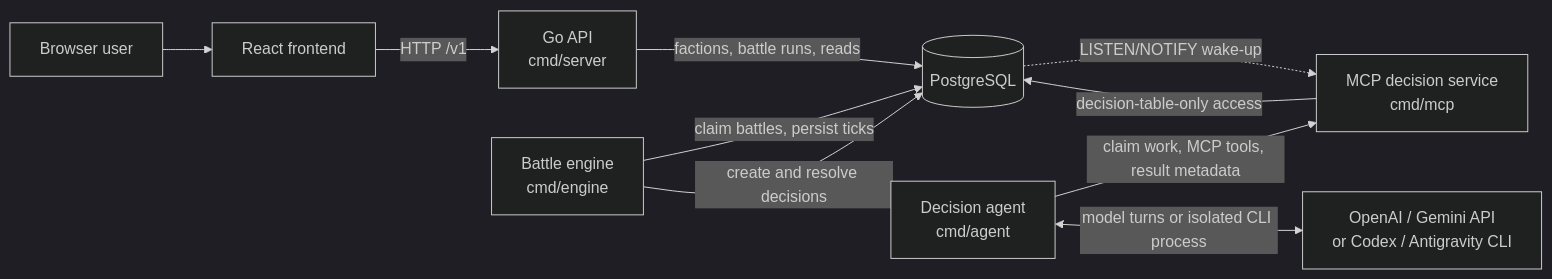
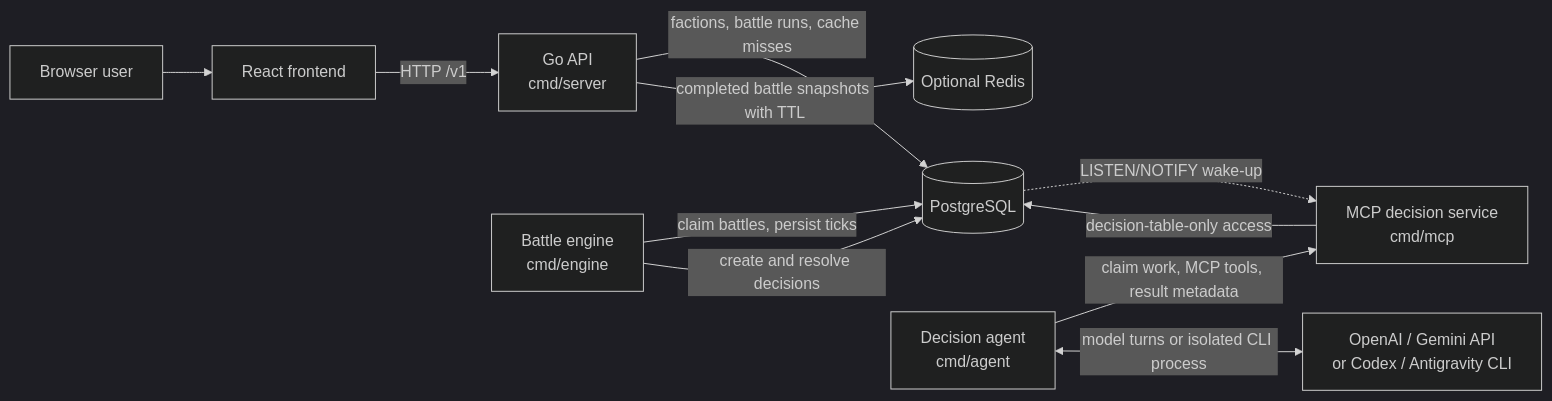
Before and after one commit to twhAuto/autonomous_battlefield: the first of 5 diagrams in docs/design/system-architecture.md, drawn with Mermaid (dark theme). The commit also changed other lines of this file and 17 other files, not shown here.

Commit message:
Add redis cache

````diff
--- a/docs/design/system-architecture.md
+++ b/docs/design/system-architecture.md
@@ -36,21 +36,23 @@
 ```mermaid
 flowchart LR
     User[Browser user]
     UI[React frontend]
     API[Go API<br/>cmd/server]
     Engine[Battle engine<br/>cmd/engine]
     DB[(PostgreSQL)]
+    Cache[(Optional Redis)]
     MCP[MCP decision service<br/>cmd/mcp]
     Agent[Decision agent<br/>cmd/agent]
     Provider[OpenAI / Gemini API<br/>or Codex / Antigravity CLI]
 
     User --> UI
     UI -->|HTTP /v1| API
-    API -->|factions, battle runs, reads| DB
+    API -->|factions, battle runs, cache misses| DB
+    API -->|completed battle snapshots with TTL| Cache
     Engine -->|claim battles, persist ticks| DB
     Engine -->|create and resolve decisions| DB
     DB -.->|LISTEN/NOTIFY wake-up| MCP
     Agent -->|claim work, MCP tools, result metadata| MCP
     Agent <-->|model turns or isolated CLI process| Provider
     MCP -->|decision-table-only access| DB
 ```
````
